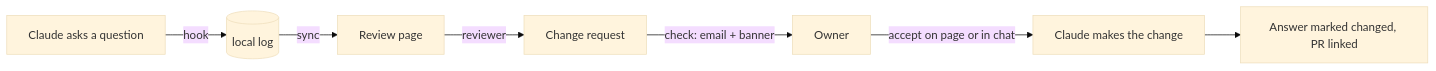
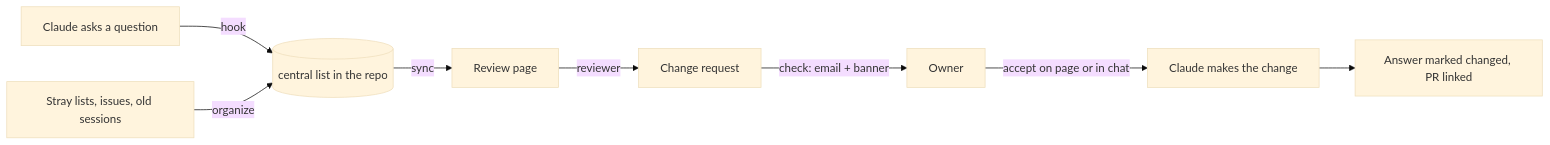
One commit to shorconsulting/build-questions changed the diagram in CONCEPT.md. Above: the diagram before and after it, drawn with Mermaid (base theme). The commit also changed other lines of this file and 11 other files, not shown here.

First line of the commit message:
build-questions 0.2: central list per repo, organize, memory

````diff
--- a/CONCEPT.md
+++ b/CONCEPT.md
@@ -14,9 +14,10 @@
 ```mermaid
 flowchart LR
-  A[Claude asks a question] -->|hook| B[(local log)]
+  A[Claude asks a question] -->|hook| B[(central list in the repo)]
+  S[Stray lists, issues, old sessions] -->|organize| B
   B -->|sync| C[Review page]
   C -->|reviewer| D[Change request]
   D -->|check: email + banner| E[Owner]
   E -->|accept on page or in chat| F[Claude makes the change]
   F --> G[Answer marked changed, PR linked]
 ```
````
